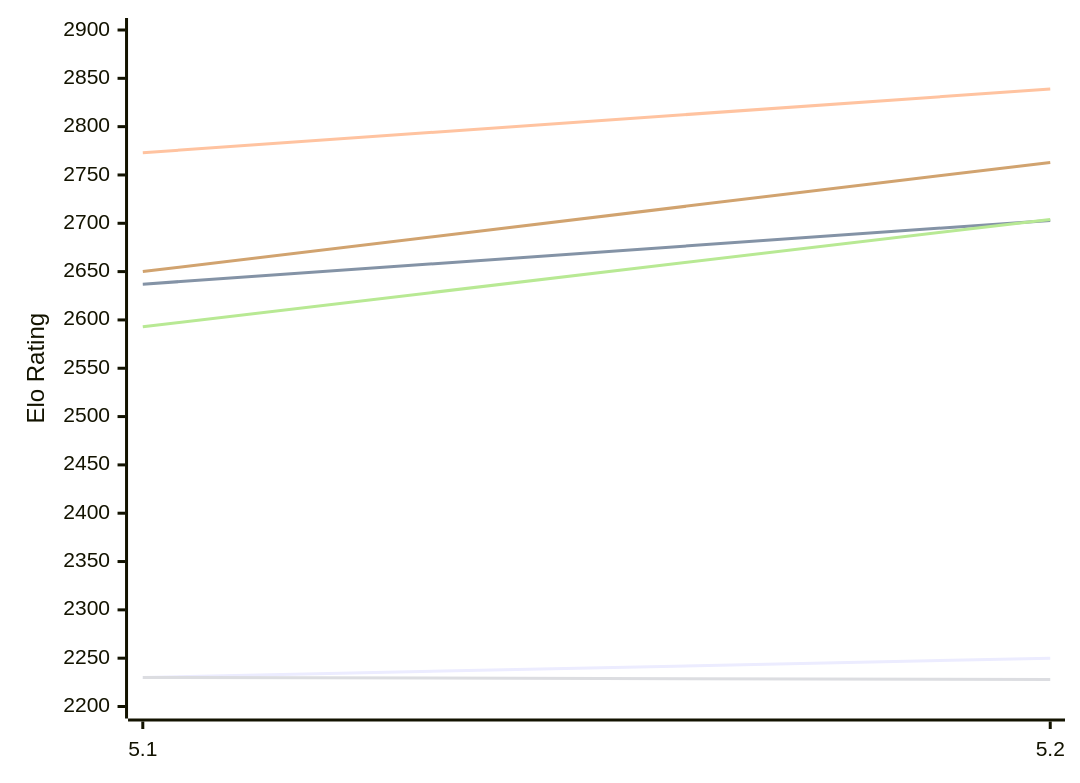
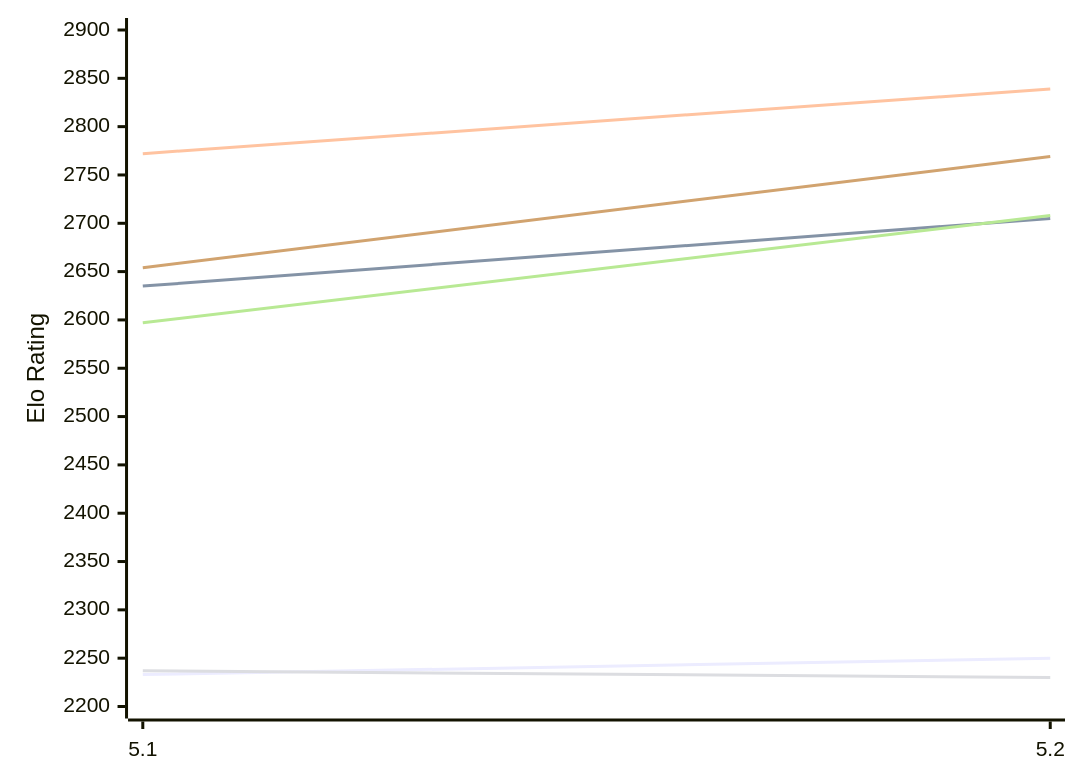
The first of 2 diagrams in engines/Dorky.md (computer-chess-index/cci), drawn with Mermaid before and after one commit. The commit also changed other lines of this file, not shown here.

Commit message:
Update CCI Ratings (ELO VLTC) - 2026-11-17

````diff
--- a/engines/Dorky.md
+++ b/engines/Dorky.md
@@ -50,12 +50,12 @@
 ```mermaid
 %%{init: {"theme":"base","themeVariables":{"seriesColors:['#a3a3a3','#222221','#faa371']}}}%%
 xychart-beta
   x-axis ["5.1", "5.2"]
   y-axis "Elo Rating" 2200 --> 2900
-  line "E1: STC (8.0+0.08s)" [2230, 2250]
-  line "E1: LTC (60.0+0.60s)" [2637, 2703]
-  line "E1: VLTC (2m24s+1.12s)" [2773, 2839]
-  line "P1: STC (8.0+0.08s)" [2230, 2228]
-  line "P1: LTC (60.0+0.60s)" [2593, 2704]
-  line "P1: VLTC (2m24s+1.12s)" [2650, 2763]
+  line "E1: STC (8.0+0.08s)" [2233, 2250]
+  line "E1: LTC (60.0+0.60s)" [2635, 2705]
+  line "E1: VLTC (2m24s+1.12s)" [2772, 2839]
+  line "P1: STC (8.0+0.08s)" [2237, 2230]
+  line "P1: LTC (60.0+0.60s)" [2597, 2708]
+  line "P1: VLTC (2m24s+1.12s)" [2654, 2769]
 ```
````
